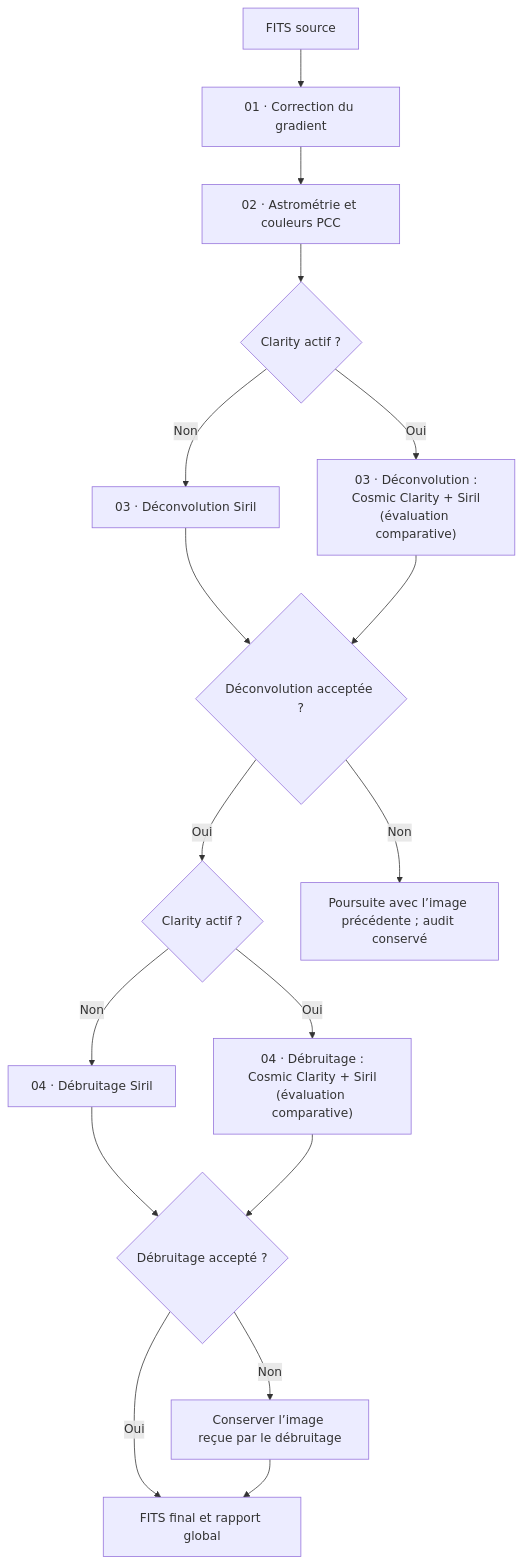
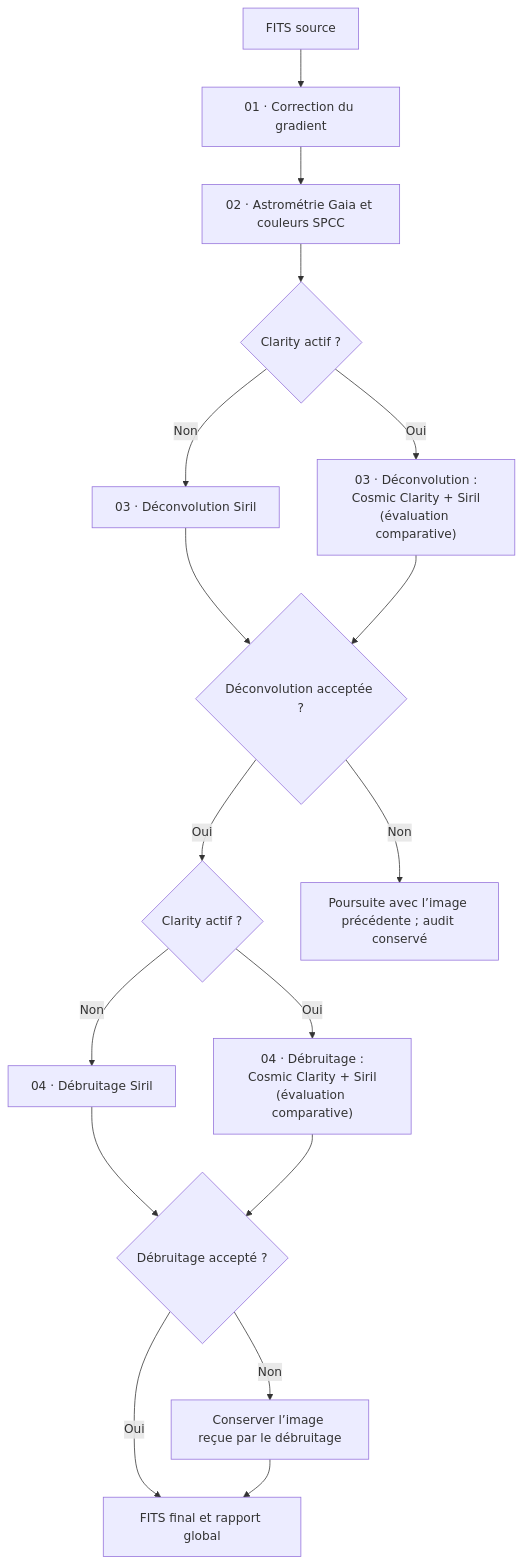
One commit to dgedgedge/SirilProcessing changed the diagram in docs/scripts/postProcess/README.md. Above: the diagram before and after it, drawn with Mermaid. The commit also changed other lines of this file and 12 other files, not shown here.

````diff
--- a/docs/scripts/postProcess/README.md
+++ b/docs/scripts/postProcess/README.md
@@ -58,19 +58,19 @@
 ```mermaid
 flowchart TD
     A["FITS source"] --> G["01 · Correction du gradient"]
-    G --> P["02 · Astrométrie et couleurs PCC"]
+    G --> P["02 · Astrométrie Gaia et couleurs SPCC"]
     P --> C{"Clarity actif ?"}
     C -->|Non| D1["03 · Déconvolution Siril"]
     C -->|Oui| D2["03 · Déconvolution :\nCosmic Clarity + Siril\n(évaluation comparative)"]
     D1 --> V{"Déconvolution acceptée ?"}
     D2 --> V
     V -->|Oui| N0{"Clarity actif ?"}
     V -->|Non| E["Poursuite avec l’image précédente ; audit conservé"]
     N0 -->|Non| N1["04 · Débruitage Siril"]
     N0 -->|Oui| N2["04 · Débruitage :\nCosmic Clarity + Siril\n(évaluation comparative)"]
     N1 --> Q{"Débruitage accepté ?"}
     N2 --> Q
     Q -->|Oui| R["FITS final et rapport global"]
     Q -->|Non| O["Conserver l’image reçue par le débruitage"]
     O --> R
 ```
````
